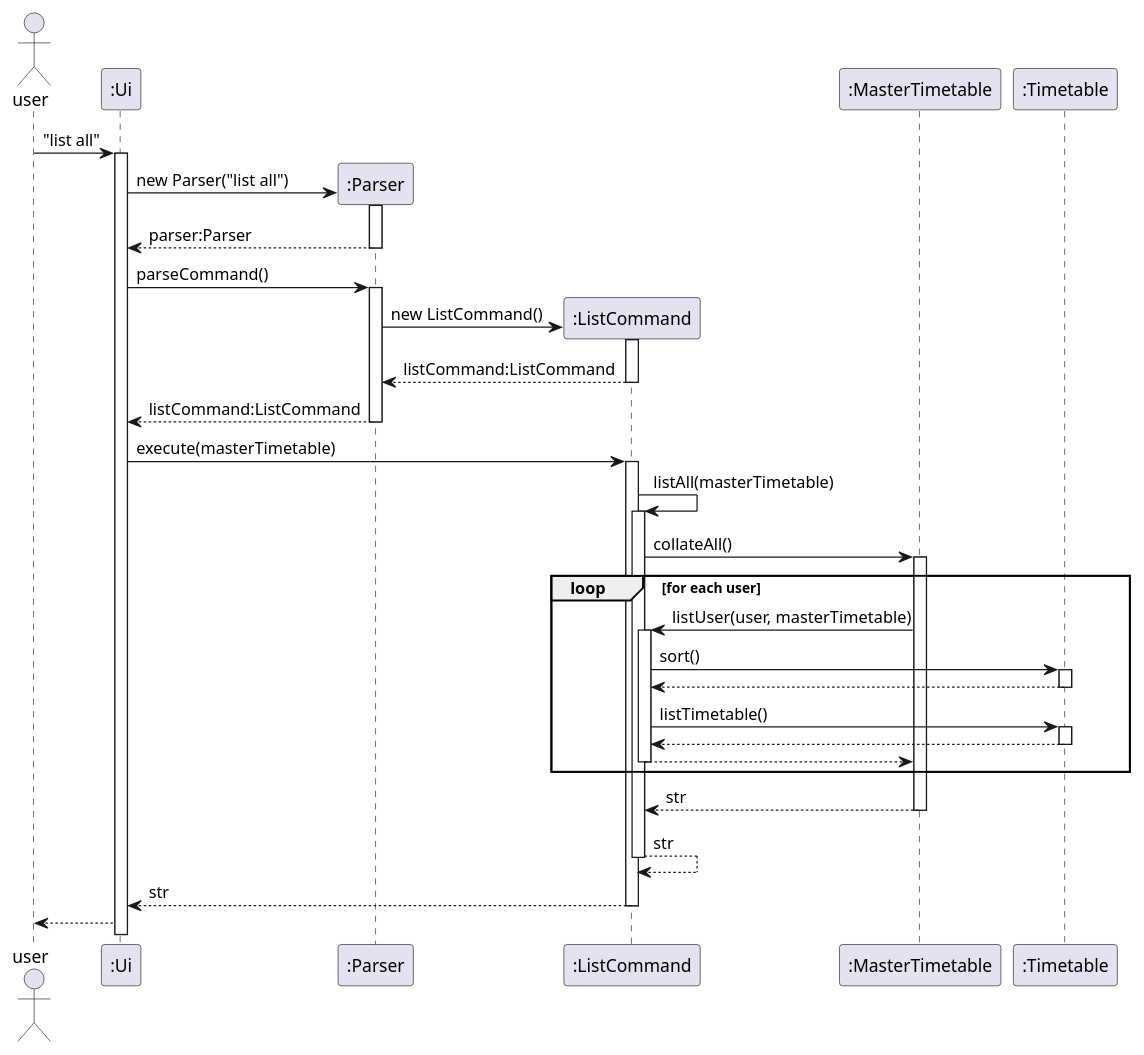
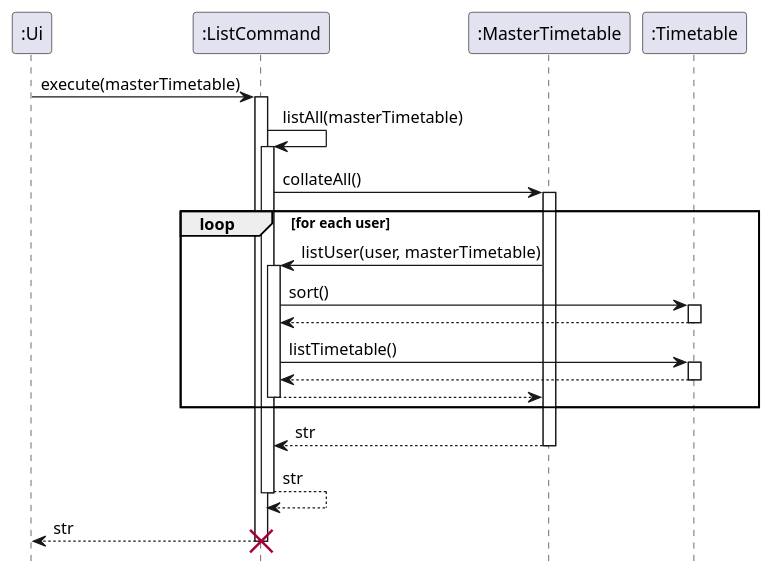
Before and after one commit to nus-cs2113-AY2122S2/tp: the diagram in docs/diagrams/ListCommandSequenceDiagram.puml, drawn with PlantUML. The commit also changed 3 other files, not shown here.

Commit message:
Update sequence diagram for list and free

```diff
--- a/docs/diagrams/ListCommandSequenceDiagram.puml
+++ b/docs/diagrams/ListCommandSequenceDiagram.puml
@@ -1,28 +1,19 @@
 @startuml
-actor user
+hide footbox
 
-user -> ":Ui" ++ : "list all"
-create ":Parser"
-":Ui" -> ":Parser" ++: new Parser("list all")
-":Parser" --> ":Ui" --: parser:Parser
-":Ui" -> ":Parser" ++: parseCommand()
-create ":ListCommand"
-":Parser" -> ":ListCommand" ++: new ListCommand()
-":ListCommand" --> ":Parser" --: listCommand:ListCommand
-":Parser" --> ":Ui" --: listCommand:ListCommand
 ":Ui" -> ":ListCommand" ++: execute(masterTimetable)
 ":ListCommand" -> ":ListCommand"++: listAll(masterTimetable)
 ":ListCommand" -> ":MasterTimetable" ++: collateAll()
 loop for each user
 ":MasterTimetable" -> ":ListCommand" ++: listUser(user, masterTimetable)
 ":ListCommand" -> ":Timetable" ++: sort()
 ":Timetable" --> ":ListCommand" --
 ":ListCommand" -> ":Timetable" ++: listTimetable()
 ":Timetable" --> ":ListCommand" --
 ":ListCommand" --> ":MasterTimetable" --
 end
 ":MasterTimetable" --> ":ListCommand" --: str
 ":ListCommand" --> ":ListCommand" --: str
 ":ListCommand" --> ":Ui" --: str
-":Ui" --> user
+destroy ":ListCommand"
 @enduml
```
